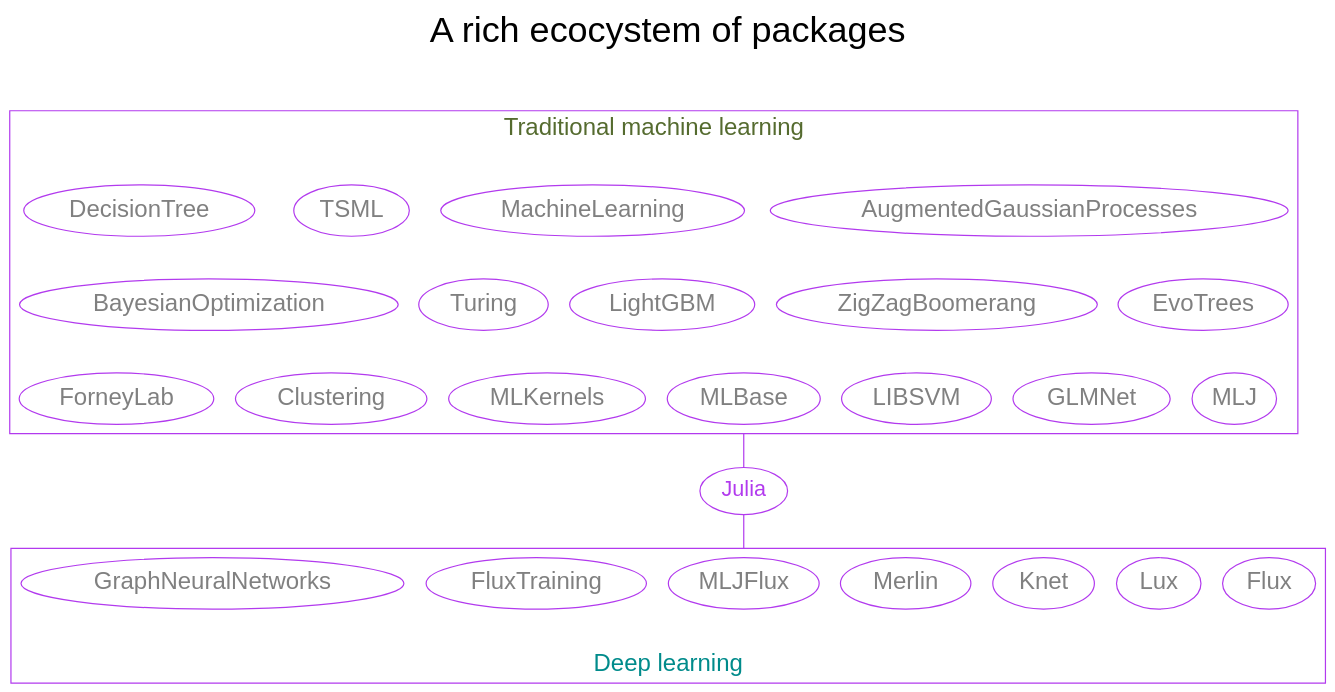
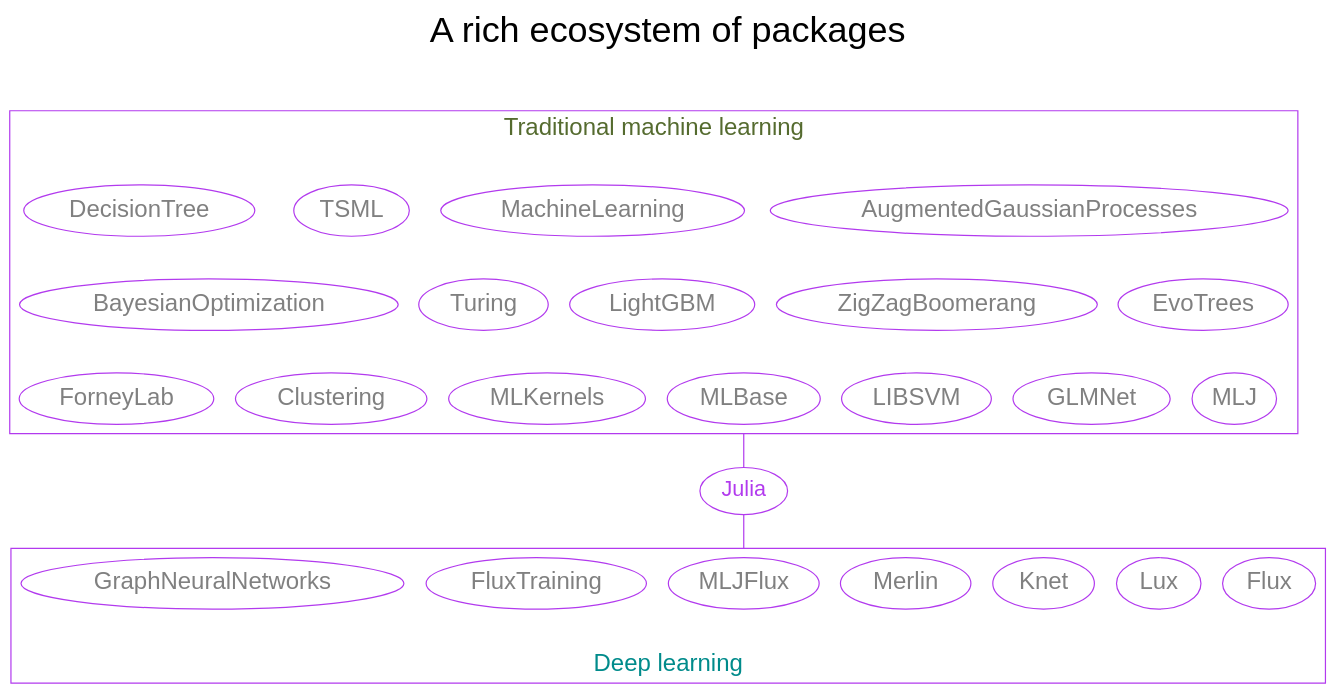
Before and after one commit to WestDRI/arc-training: the tenth of 24 diagrams in ai/wb_frameworks_content.qmd, drawn with Graphviz. The commit also changed other lines of this file and 78 other files, not shown here.

````diff
--- a/ai/wb_frameworks_content.qmd
+++ b/ai/wb_frameworks_content.qmd
@@ -455,56 +455,56 @@
 ```{dot}
 //| echo: false
 
 strict graph {
 
-  label="A rich ecocystem of packages\n\n"
+  label="A rich ecosystem of packages\n\n"
   labelloc=t
   fontsize=30
 
   bgcolor="transparent"
   graph [fontname="Inconsolata, sans-serif"]
   node [fontname="Inconsolata, sans-serif", color=darkorchid2, fontcolor=grey]
   edge [color="#8c8c8c"]
   compound=true
 
   subgraph cluster_ml {
 	label="Traditional machine learning\n\n"
 	color=darkorchid2
 	fontcolor=darkolivegreen
 	fontsize=20
 	edge [style=invis]
 	node [fontsize=20]
 	{rank=same; AugmentedGaussianProcesses MachineLearning TSML DecisionTree}
 	{rank=same; EvoTrees ZigZagBoomerang LightGBM Turing BayesianOptimization}
 	{rank=same; MLJ GLMNet LIBSVM MLBase MLKernels Clustering ForneyLab}
 	AugmentedGaussianProcesses -- EvoTrees -- MLJ
   }
 
   subgraph cluster_dl {
 	label="\nDeep learning"
 	color=darkorchid2
 	fontcolor=darkcyan
 	fontsize=20
 	labelloc=b
 	node [fontsize=20]
 	Flux Lux Knet Merlin MLJFlux FluxTraining GraphNeuralNetworks
   }
 
   Flux [URL="https://github.com/FluxML/Flux.jl"]
   Lux [URL="https://github.com/LuxDL/"]
   Knet [URL="https://github.com/denizyuret/Knet.jl"]
   Merlin [URL=""]
   MLJFlux [URL=""]
   FluxTraining [URL=""]
   GraphNeuralNetworks [URL=""]
   MLJ [URL="https://github.com/alan-turing-institute/MLJ.jl"]
   Turing [URL="https://github.com/TuringLang/Turing.jl"]
 
   Julia [fontsize=18]
   Julia [fontcolor=darkorchid2, URL="https://julialang.org/"]
 
   MLBase -- Julia [ltail=cluster_ml, color=darkorchid2]
   Julia -- MLJFlux [lhead=cluster_dl, color=darkorchid2]
 
 }
 ```
````
